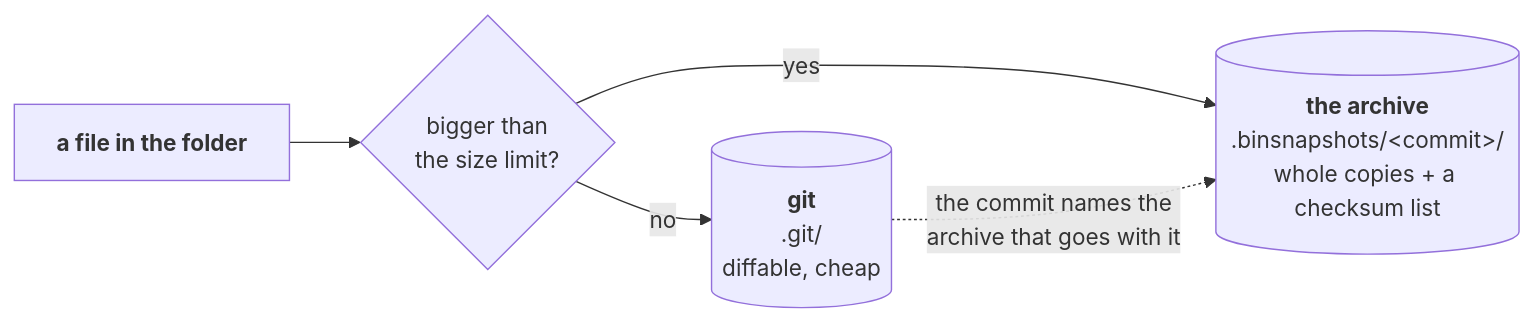
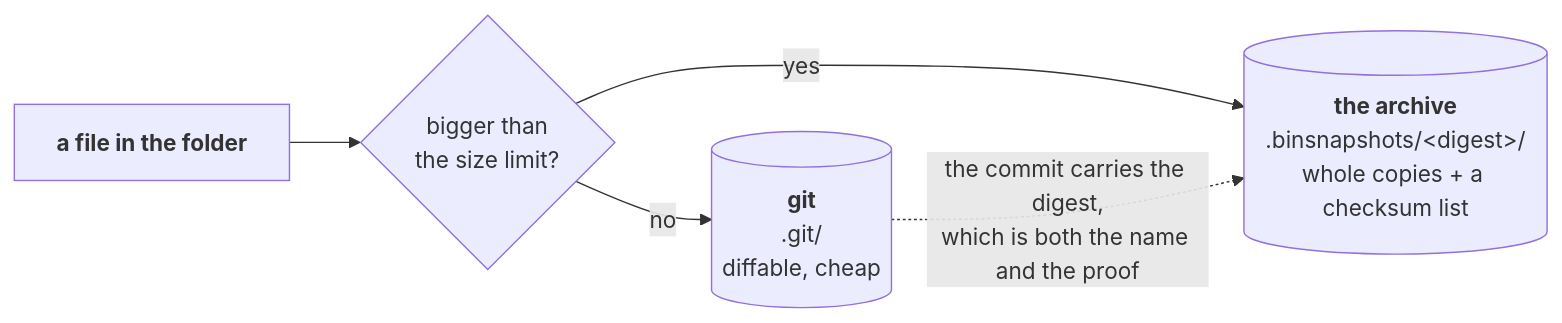
One commit to Qing-LAB/molbuilder changed the first of 3 diagrams in docs/execution/checkpointing.md. Above: the diagram before and after it, drawn with Mermaid. The commit also changed other lines of this file, not shown here.

First line of the commit message:
docs(checkpoint): decide the four open items -- and name the archive by its content

````diff
--- a/docs/execution/checkpointing.md
+++ b/docs/execution/checkpointing.md
@@ -88,7 +88,7 @@
 ```mermaid
 flowchart LR
     F["<b>a file in the folder</b>"] --> Q{"bigger than<br/>the size limit?"}
     Q -->|"no"| G[("<b>git</b><br/>.git/<br/>diffable, cheap")]
-    Q -->|"yes"| A[("<b>the archive</b><br/>.binsnapshots/&lt;commit&gt;/<br/>whole copies + a checksum list")]
-    G -.->|"the commit names the<br/>archive that goes with it"| A
+    Q -->|"yes"| A[("<b>the archive</b><br/>.binsnapshots/&lt;digest&gt;/<br/>whole copies + a checksum list")]
+    G -.->|"the commit carries the digest,<br/>which is both the name and the proof"| A
 ```
````
